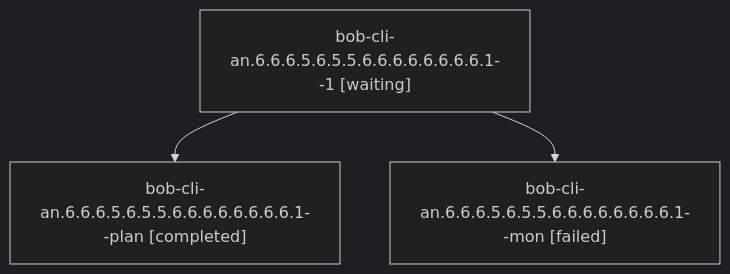
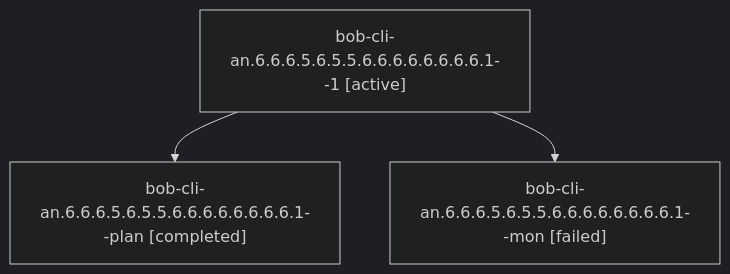
Before and after one commit to bobs-org/bob-cli--agents: the diagram in sessions/bbugyi200.athena.bob-cli-an.6.6.6.5.6.5.5.6.6.6.6.6.6.6.6.1.md, drawn with Mermaid (dark theme). The commit also changed other lines of this file and 188 other files, not shown here.

````diff
--- a/sessions/bbugyi200.athena.bob-cli-an.6.6.6.5.6.5.5.6.6.6.6.6.6.6.6.1.md
+++ b/sessions/bbugyi200.athena.bob-cli-an.6.6.6.5.6.5.5.6.6.6.6.6.6.6.6.1.md
@@ -9,8 +9,8 @@
 ```mermaid
 flowchart TD
-  n0["bob-cli-an.6.6.6.5.6.5.5.6.6.6.6.6.6.6.6.1--1 [waiting]"]
+  n0["bob-cli-an.6.6.6.5.6.5.5.6.6.6.6.6.6.6.6.1--1 [active]"]
   n1["bob-cli-an.6.6.6.5.6.5.5.6.6.6.6.6.6.6.6.1--plan [completed]"]
   n0 --> n1
   n2["bob-cli-an.6.6.6.5.6.5.5.6.6.6.6.6.6.6.6.1--mon [failed]"]
   n0 --> n2
 ```
````
